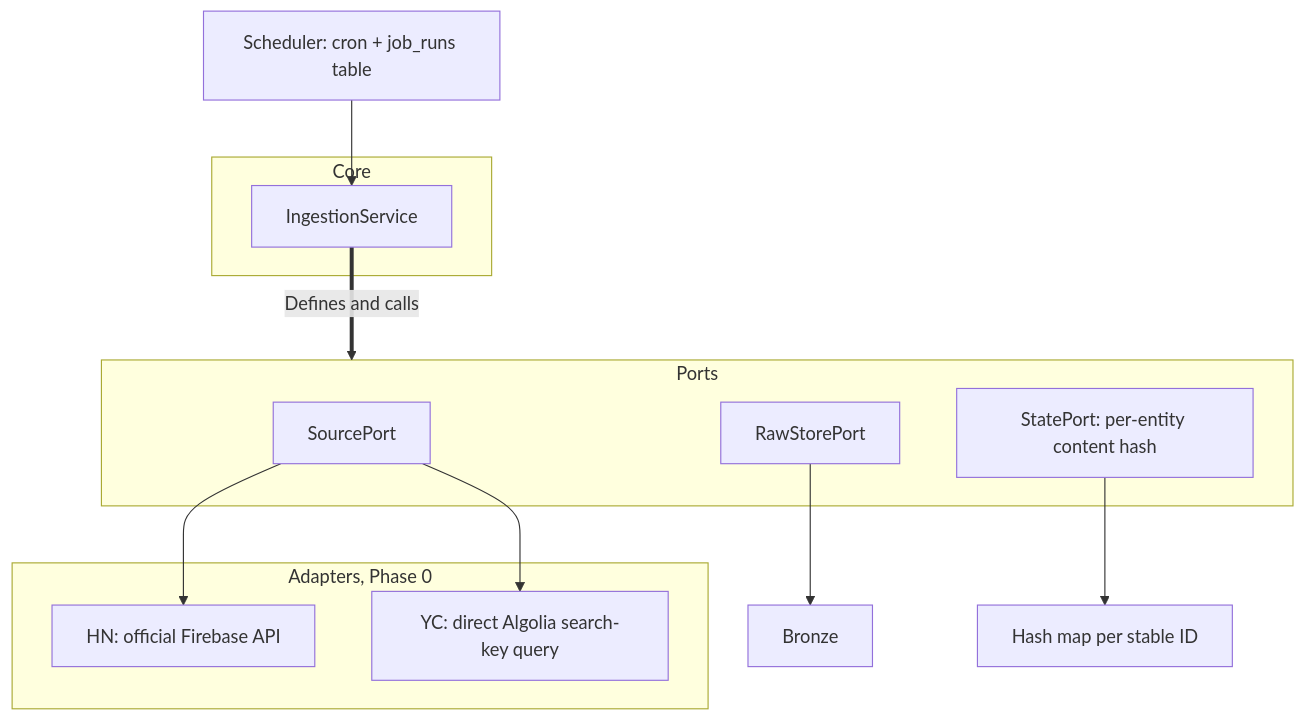
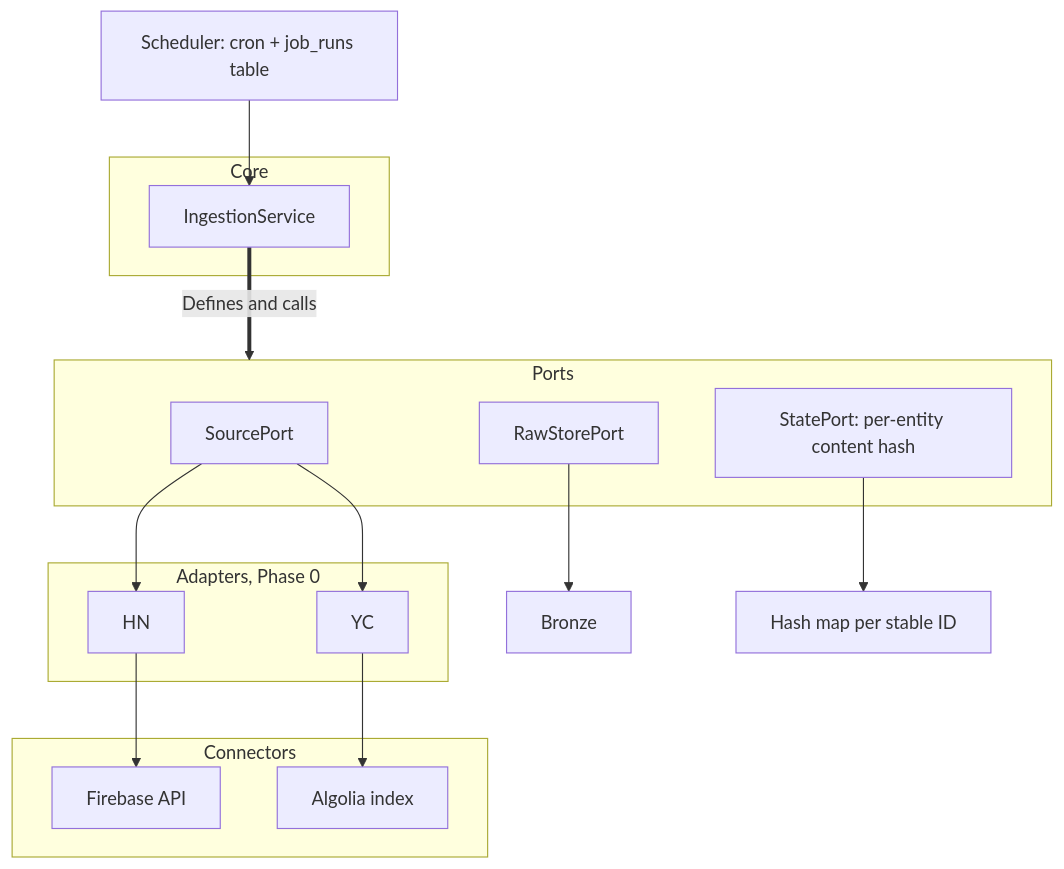
The third of 4 diagrams in docs/architecture.md (KhaledAwashreh/Huginn), drawn with Mermaid before and after one commit. The commit also changed other lines of this file and 17 other files, not shown here.

````diff
--- a/docs/architecture.md
+++ b/docs/architecture.md
@@ -167,26 +167,33 @@
 ```mermaid
 flowchart TB
     SCH["Scheduler: cron + job_runs table"]
 
     subgraph CORE["Core"]
         ISVC["IngestionService"]
     end
 
     subgraph PORT["Ports"]
         PS["SourcePort"]
         PR["RawStorePort"]
         PT["StatePort: per-entity content hash"]
     end
 
     subgraph IN["Adapters, Phase 0"]
-        A1["HN: official Firebase API"]
-        A2["YC: direct Algolia search-key query"]
+        A1["HN"]
+        A2["YC"]
+    end
+
+    subgraph CONN["Connectors"]
+        C1["Firebase API"]
+        C2["Algolia index"]
     end
 
     SCH --> ISVC
     ISVC ==>|"Defines and calls"| PORT
     PS --> A1
     PS --> A2
+    A1 --> C1
+    A2 --> C2
     PR --> BR["Bronze"]
     PT --> CUR["Hash map per stable ID"]
 ```
````
